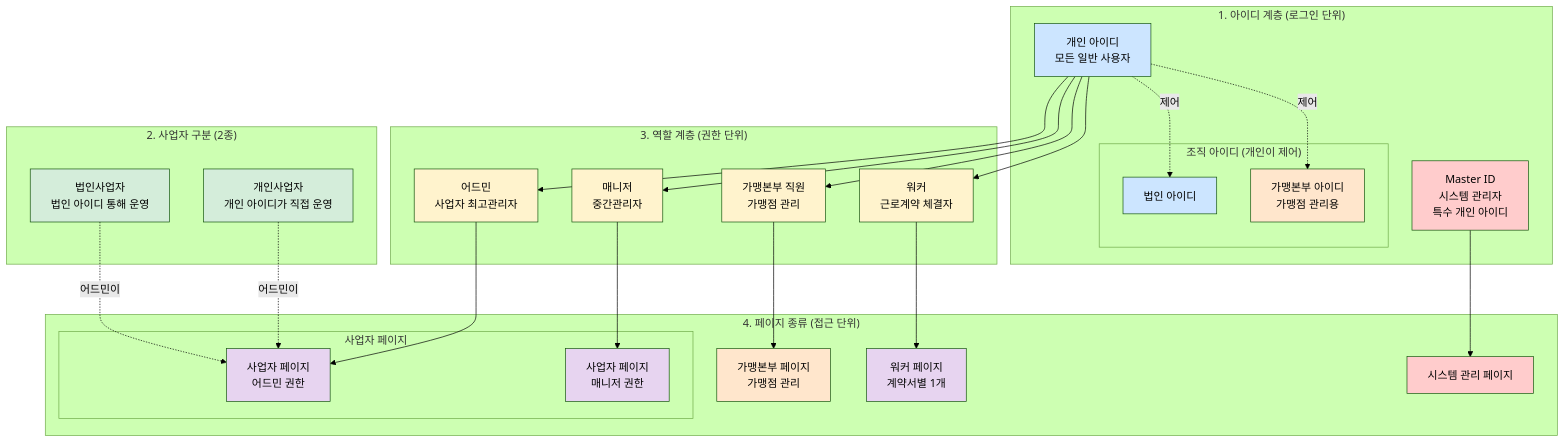
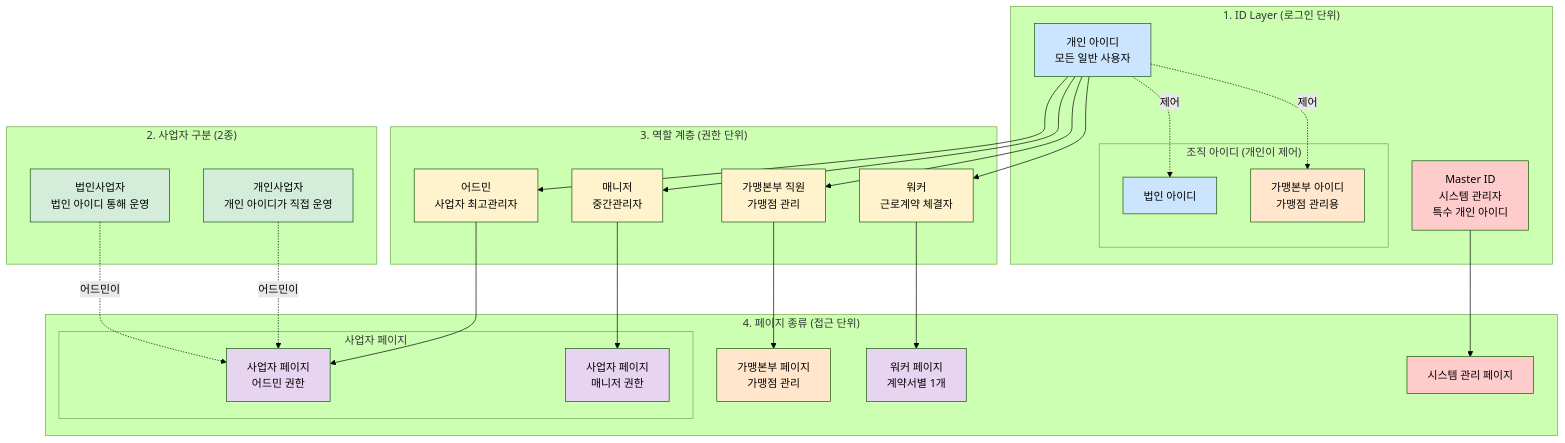
The first of 6 diagrams in services/attendance/user-permission-diagram.md (crazybass81/DOT), drawn with Mermaid (forest theme) before and after one commit.

Commit message:
[Auto-sync] 2025-09-03 04:02:20 - 1 files changed

````diff
--- a/services/attendance/user-permission-diagram.md
+++ b/services/attendance/user-permission-diagram.md
@@ -5,65 +5,65 @@
 ```mermaid
 graph TB
-    subgraph "1. 아이디 계층 (로그인 단위)"
+    subgraph "1. ID Layer (로그인 단위)"
         Master[Master ID<br/>시스템 관리자<br/>특수 개인 아이디]
         PersonalID[개인 아이디<br/>모든 일반 사용자]
         
         subgraph "조직 아이디 (개인이 제어)"
             CorpID[법인 아이디]
             FranchiseID[가맹본부 아이디<br/>가맹점 관리용]
         end
     end
     
     subgraph "2. 사업자 구분 (2종)"
         IndivBiz[개인사업자<br/>개인 아이디가 직접 운영]
         CorpBiz[법인사업자<br/>법인 아이디 통해 운영]
     end
     
     subgraph "3. 역할 계층 (권한 단위)"
         WorkerRole[워커<br/>근로계약 체결자]
         AdminRole[어드민<br/>사업자 최고관리자]
         ManagerRole[매니저<br/>중간관리자]
         FranchiseRole[가맹본부 직원<br/>가맹점 관리]
     end
     
     subgraph "4. 페이지 종류 (접근 단위)"
         subgraph "사업자 페이지"
             BizPageAdmin[사업자 페이지<br/>어드민 권한]
             BizPageManager[사업자 페이지<br/>매니저 권한]
         end
         
         FranchisePage[가맹본부 페이지<br/>가맹점 관리]
         WorkerPage[워커 페이지<br/>계약서별 1개]
         SystemPage[시스템 관리 페이지]
     end
     
     Master --> SystemPage
     PersonalID --> WorkerRole
     PersonalID --> AdminRole
     PersonalID --> ManagerRole
     PersonalID --> FranchiseRole
     PersonalID -.제어.-> CorpID
     PersonalID -.제어.-> FranchiseID
     
     AdminRole --> BizPageAdmin
     ManagerRole --> BizPageManager
     FranchiseRole --> FranchisePage
     WorkerRole --> WorkerPage
     
     IndivBiz -.어드민이.-> BizPageAdmin
     CorpBiz -.어드민이.-> BizPageAdmin
     
     classDef masterClass fill:#ffcccc
     classDef idClass fill:#cce5ff
     classDef bizClass fill:#d4edda
     classDef roleClass fill:#fff3cd
     classDef pageClass fill:#e7d4f0
     classDef franchiseClass fill:#ffe6cc
     
     class Master,SystemPage masterClass
     class PersonalID,CorpID,FranchiseID idClass
     class IndivBiz,CorpBiz bizClass
     class WorkerRole,AdminRole,ManagerRole,FranchiseRole roleClass
     class BizPageAdmin,BizPageManager,WorkerPage pageClass
     class FranchisePage,FranchiseID franchiseClass
 ```
````
